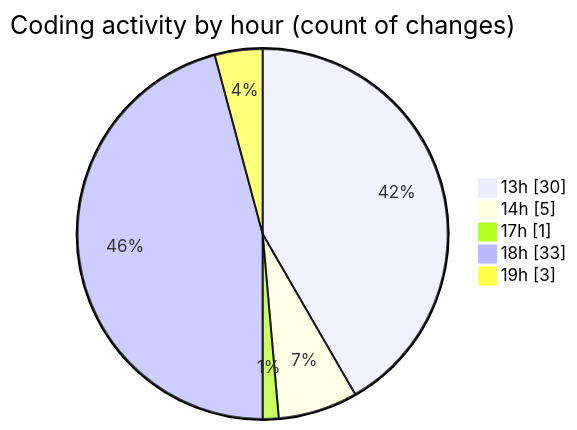
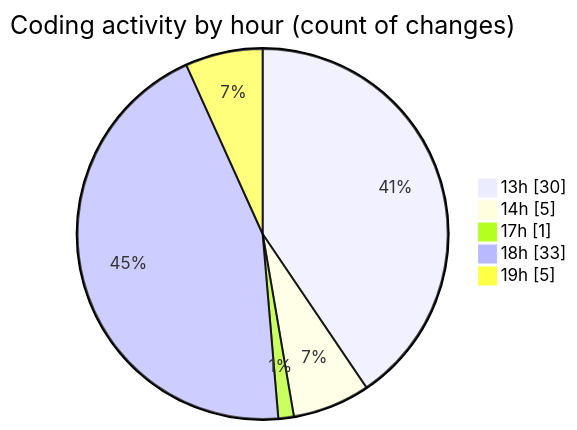
One commit to robertbonfada/code-tracking changed the second of 2 diagrams in 2025-01-14/mbc-web/README.md. Above: the diagram before and after it, drawn with Mermaid. The commit also changed other lines of this file and 1 other file, not shown here.

````diff
--- a/2025-01-14/mbc-web/README.md
+++ b/2025-01-14/mbc-web/README.md
@@ -55,9 +55,9 @@
 ```mermaid
 pie showData
 title Coding activity by hour (count of changes)
 "13h" : 30
 "14h" : 5
 "17h" : 1
 "18h" : 33
-"19h" : 3
+"19h" : 5
 ```
````
